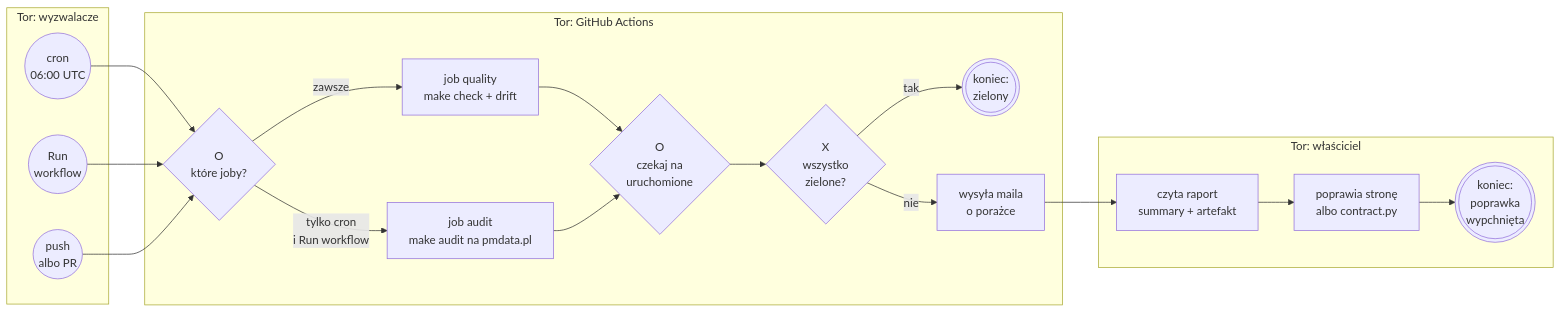
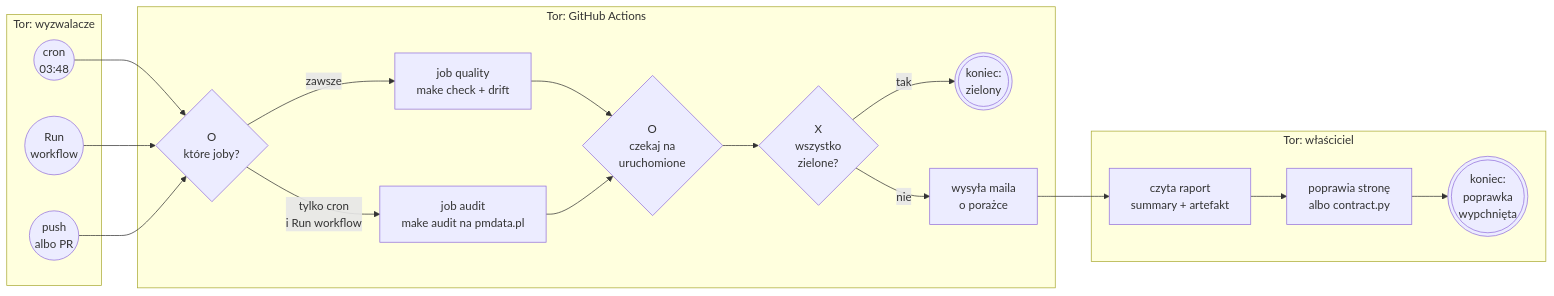
The second of 2 diagrams in README.md (pmackowka/datalayer-contract-audit), drawn with Mermaid before and after one commit. The commit also changed other lines of this file and 3 other files, not shown here.

````diff
--- a/README.md
+++ b/README.md
@@ -89,35 +89,35 @@
 ```mermaid
 flowchart LR
     subgraph T["Tor: wyzwalacze"]
-        S1(("cron<br/>06:00 UTC"))
+        S1(("cron<br/>03:48"))
         S2(("Run<br/>workflow"))
         S3(("push<br/>albo PR"))
     end
     subgraph G["Tor: GitHub Actions"]
         G1{"O<br/>które joby?"}
         Q["job quality<br/>make check + drift"]
         AU["job audit<br/>make audit na pmdata.pl"]
         G2{"O<br/>czekaj na<br/>uruchomione"}
         G3{"X<br/>wszystko<br/>zielone?"}
         Z1((("koniec:<br/>zielony")))
         MAIL["wysyła maila<br/>o porażce"]
     end
     subgraph W["Tor: właściciel"]
         READ["czyta raport<br/>summary + artefakt"]
         FIX["poprawia stronę<br/>albo contract.py"]
         Z2((("koniec:<br/>poprawka<br/>wypchnięta")))
     end
     S1 --> G1
     S2 --> G1
     S3 --> G1
     G1 -->|zawsze| Q
     G1 -->|tylko cron<br/>i Run workflow| AU
     Q --> G2
     AU --> G2
     G2 --> G3
     G3 -->|tak| Z1
     G3 -->|nie| MAIL
     MAIL --> READ
     READ --> FIX
     FIX --> Z2
 ```
````
